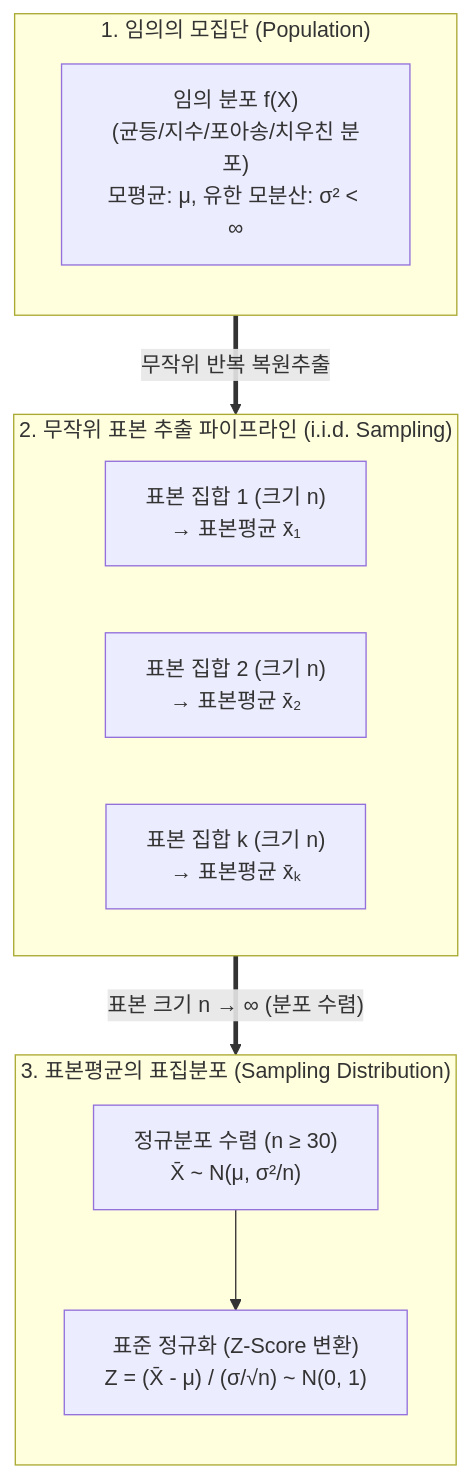
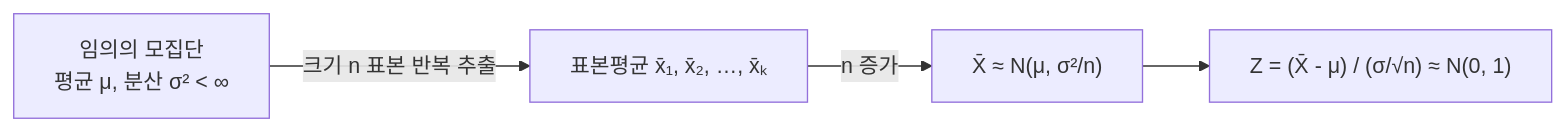
The diagram in content/01_IT Tech/중심극한정리.md (supremethumb/supremethumb.github.io), drawn with Mermaid before and after one commit. The commit also changed other lines of this file and 1087 other files, not shown here.

````diff
--- a/content/01_IT Tech/중심극한정리.md
+++ b/content/01_IT Tech/중심극한정리.md
@@ -27,25 +35,6 @@
 ```mermaid
-flowchart TB
-    subgraph POP ["1. 임의의 모집단 (Population)"]
-        direction TB
-        P_DIST["임의 분포 f(X)<br/>(균등/지수/포아송/치우친 분포)<br/>모평균: μ, 유한 모분산: σ² < ∞"]
-    end
-
-    subgraph SAMPLING ["2. 무작위 표본 추출 파이프라인 (i.i.d. Sampling)"]
-        direction LR
-        S1["표본 집합 1 (크기 n)<br/>→ 표본평균 x̄₁"]
-        S2["표본 집합 2 (크기 n)<br/>→ 표본평균 x̄₂"]
-        S3["표본 집합 k (크기 n)<br/>→ 표본평균 x̄ₖ"]
-    end
-
-    subgraph CLT_DIST ["3. 표본평균의 표집분포 (Sampling Distribution)"]
-        direction TB
-        NORM["정규분포 수렴 (n ≥ 30)<br/>X̄ ~ N(μ, σ²/n)"]
-        STD["표준 정규화 (Z-Score 변환)<br/>Z = (X̄ - μ) / (σ/√n) ~ N(0, 1)"]
-        NORM --> STD
-    end
-
-    POP ==>|"무작위 반복 복원추출"| SAMPLING
-    SAMPLING ==>|"표본 크기 n → ∞ (분포 수렴)"| CLT_DIST
-
+flowchart LR
+    POP["임의의 모집단<br/>평균 μ, 분산 σ² < ∞"] -- "크기 n 표본 반복 추출" --> S["표본평균 x̄₁, x̄₂, …, x̄ₖ"]
+    S -- "n 증가" --> N["X̄ ≈ N(μ, σ²/n)"]
+    N --> Z["Z = (X̄ - μ) / (σ/√n) ≈ N(0, 1)"]
 ```
````
